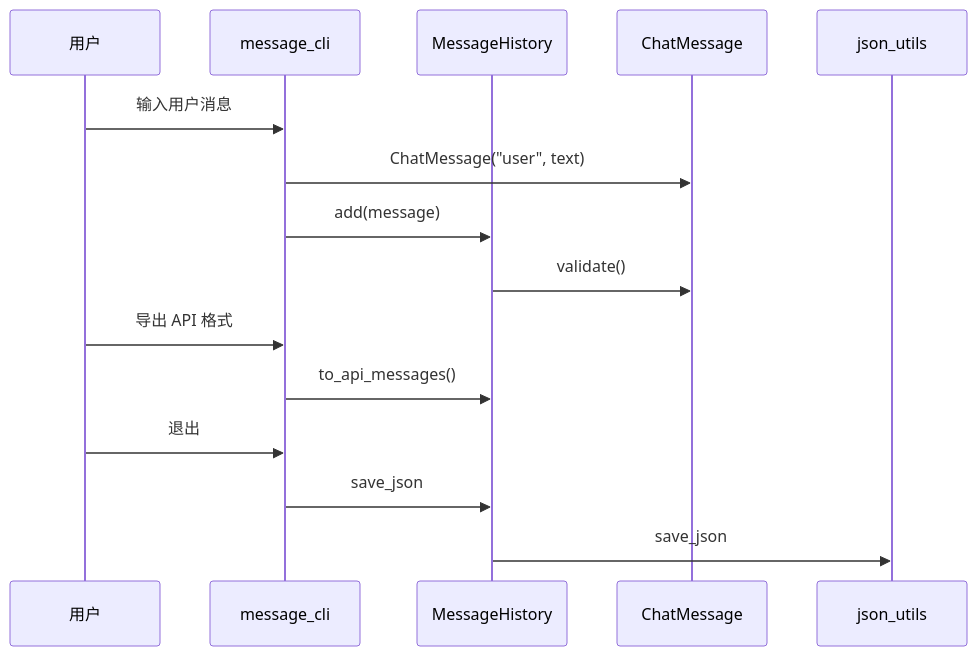
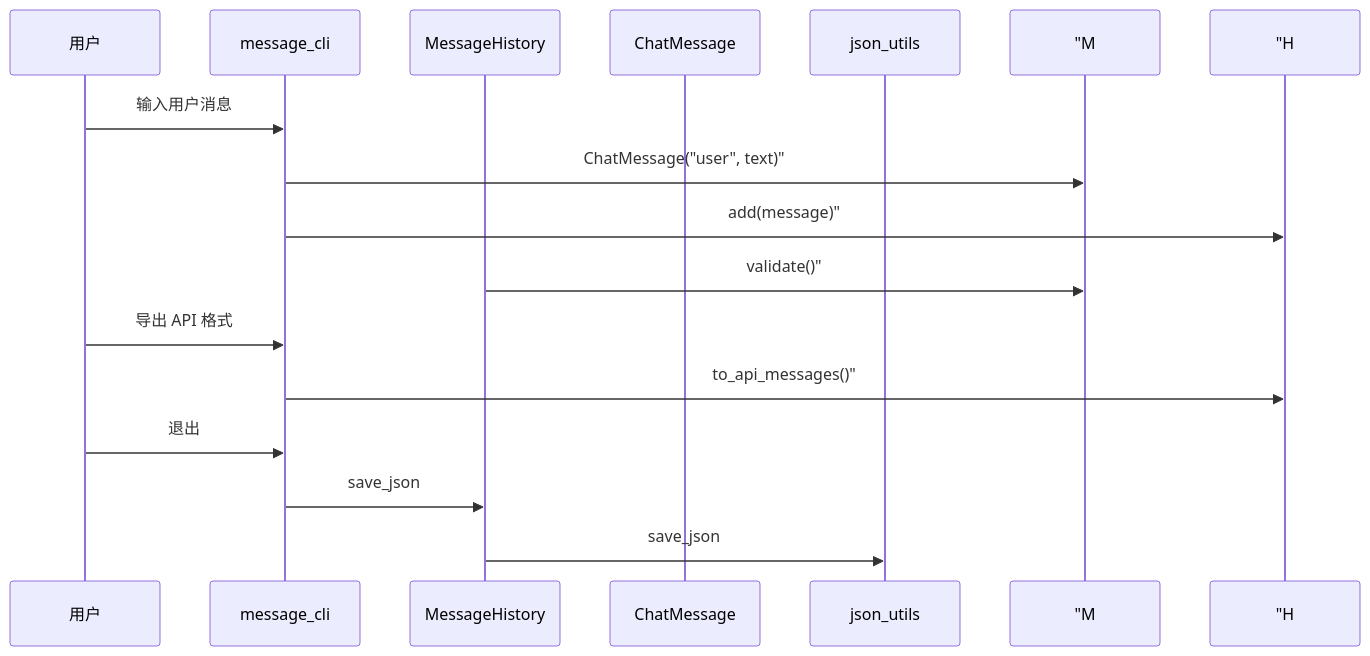
Before and after one commit to ab6539763/70_days_course_plus: the diagram in course/day08/03_架构设计.md, drawn with Mermaid. The commit also changed 134 other files, not shown here.

````diff
--- a/course/day08/03_架构设计.md
+++ b/course/day08/03_架构设计.md
@@ -22,18 +22,18 @@
 ```mermaid
 sequenceDiagram
     participant U as 用户
     participant CLI as message_cli
     participant H as MessageHistory
     participant M as ChatMessage
     participant J as json_utils
 
     U->>CLI: 输入用户消息
-    CLI->>M: ChatMessage("user", text)
-    CLI->>H: add(message)
-    H->>M: validate()
+    CLI->> "M: ChatMessage("user", text)"
+    CLI->> "H: add(message)"
+    H->> "M: validate()"
     U->>CLI: 导出 API 格式
-    CLI->>H: to_api_messages()
+    CLI->> "H: to_api_messages()"
     U->>CLI: 退出
     CLI->>H: save_json
     H->>J: save_json
 ```
````
